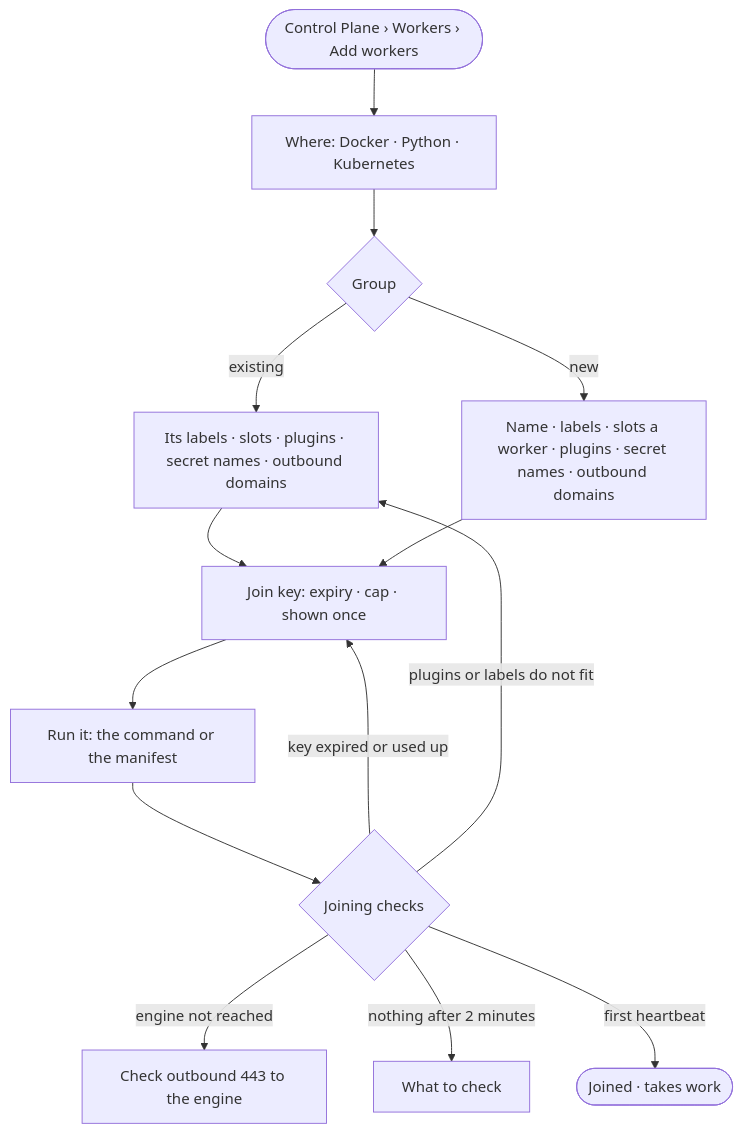
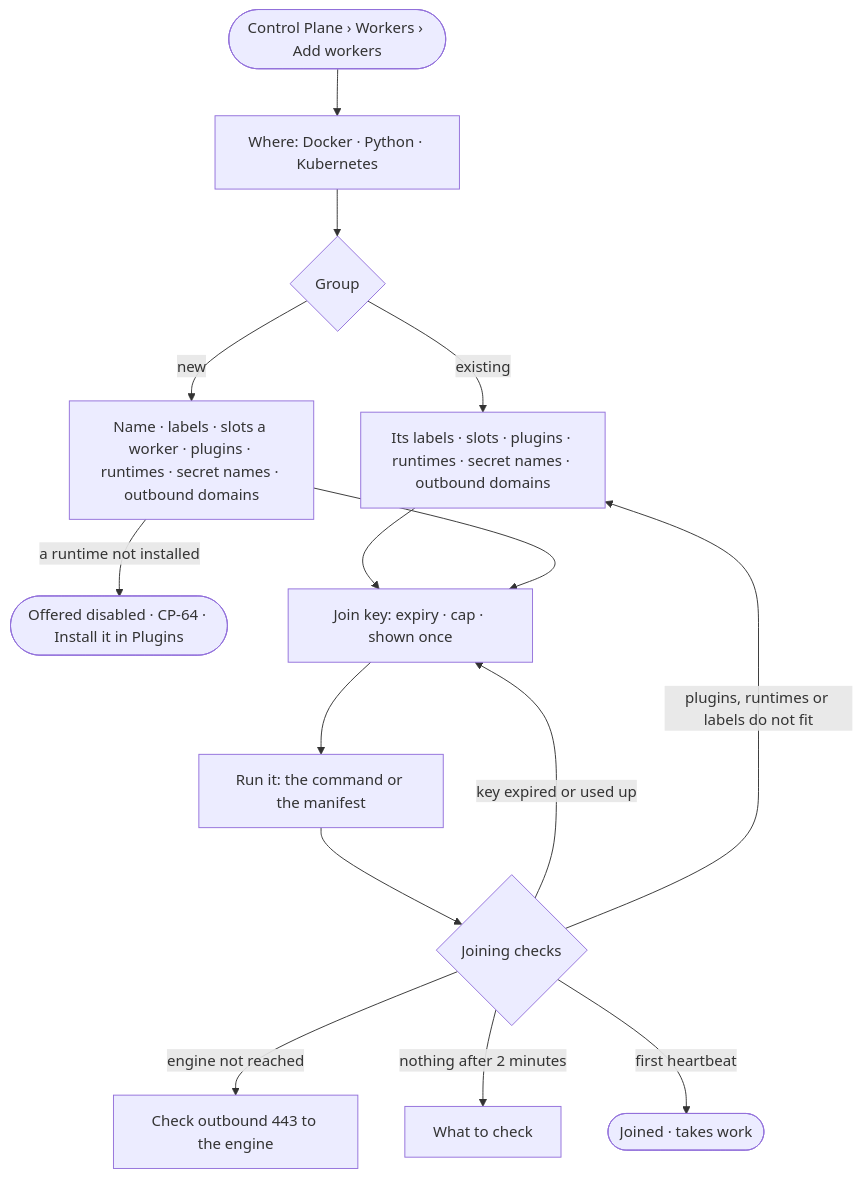
One commit to invana/invana changed the diagram in specs/os/control/features/CP-F03-workers-and-the-queue/stories/CP-10-add-workers-on-my-own-machines-with-one-command/story.md. Above: the diagram before and after it, drawn with Mermaid. The commit also changed other lines of this file and 300 other files, not shown here.

````diff
--- a/specs/os/control/features/CP-F03-workers-and-the-queue/stories/CP-10-add-workers-on-my-own-machines-with-one-command/story.md
+++ b/specs/os/control/features/CP-F03-workers-and-the-queue/stories/CP-10-add-workers-on-my-own-machines-with-one-command/story.md
@@ -26,16 +26,17 @@
 ```mermaid
 flowchart TD
   s([Control Plane › Workers › Add workers]) --> wh["Where: Docker · Python · Kubernetes"]
   wh --> g{"Group"}
-  g -->|existing| ge["Its labels · slots · plugins · secret names · outbound domains"]
-  g -->|new| gn["Name · labels · slots a worker · plugins · secret names · outbound domains"]
+  g -->|existing| ge["Its labels · slots · plugins · runtimes · secret names · outbound domains"]
+  g -->|new| gn["Name · labels · slots a worker · plugins · runtimes · secret names · outbound domains"]
+  gn -->|a runtime not installed| ri(["Offered disabled · CP-64 · Install it in Plugins"])
   ge --> k["Join key: expiry · cap · shown once"]
   gn --> k
   k --> run["Run it: the command or the manifest"]
   run --> chk{"Joining checks"}
   chk -->|key expired or used up| k
   chk -->|engine not reached| net["Check outbound 443 to the engine"]
-  chk -->|plugins or labels do not fit| ge
+  chk -->|plugins, runtimes or labels do not fit| ge
   chk -->|nothing after 2 minutes| cl["What to check"]
   chk -->|first heartbeat| j(["Joined · takes work"])
 ```
````
